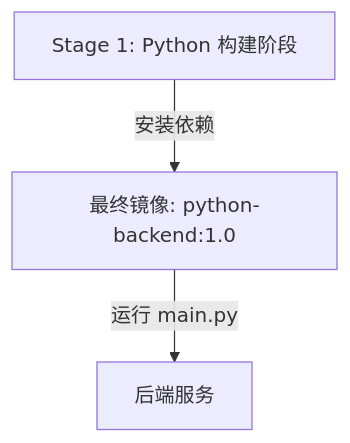
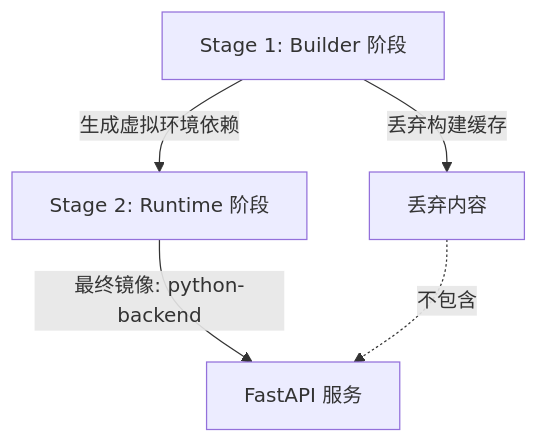
Before and after one commit to Tender-Liu/LinuxDevOps: the fifth of 5 diagrams in Docker入门与放弃/day2-Dockerfile 与镜像编排.md, drawn with Mermaid. The commit also changed other lines of this file, not shown here.

````diff
--- a/Docker入门与放弃/day2-Dockerfile 与镜像编排.md
+++ b/Docker入门与放弃/day2-Dockerfile 与镜像编排.md
@@ -777,6 +808,8 @@
 ```mermaid
 graph TD
-    A[Stage 1: Python 构建阶段] -->|安装依赖| B[最终镜像: python-backend:1.0]
-    B -->|运行 main.py| C[后端服务]
+    A[Stage 1: Builder 阶段] -->|生成虚拟环境依赖| B[Stage 2: Runtime 阶段]
+    A -->|丢弃构建缓存| C[丢弃内容]
+    B -->|最终镜像: python-backend| D[FastAPI 服务]
+    C -.->|不包含| D
 
 ```
````
